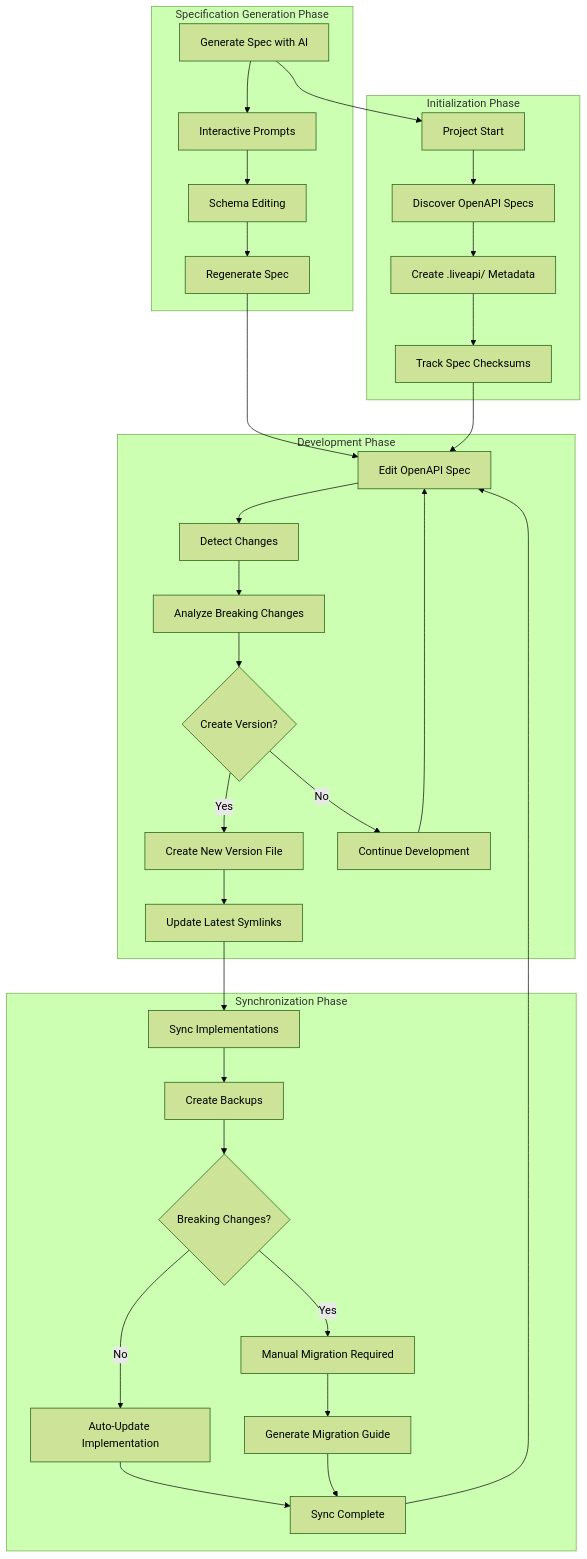
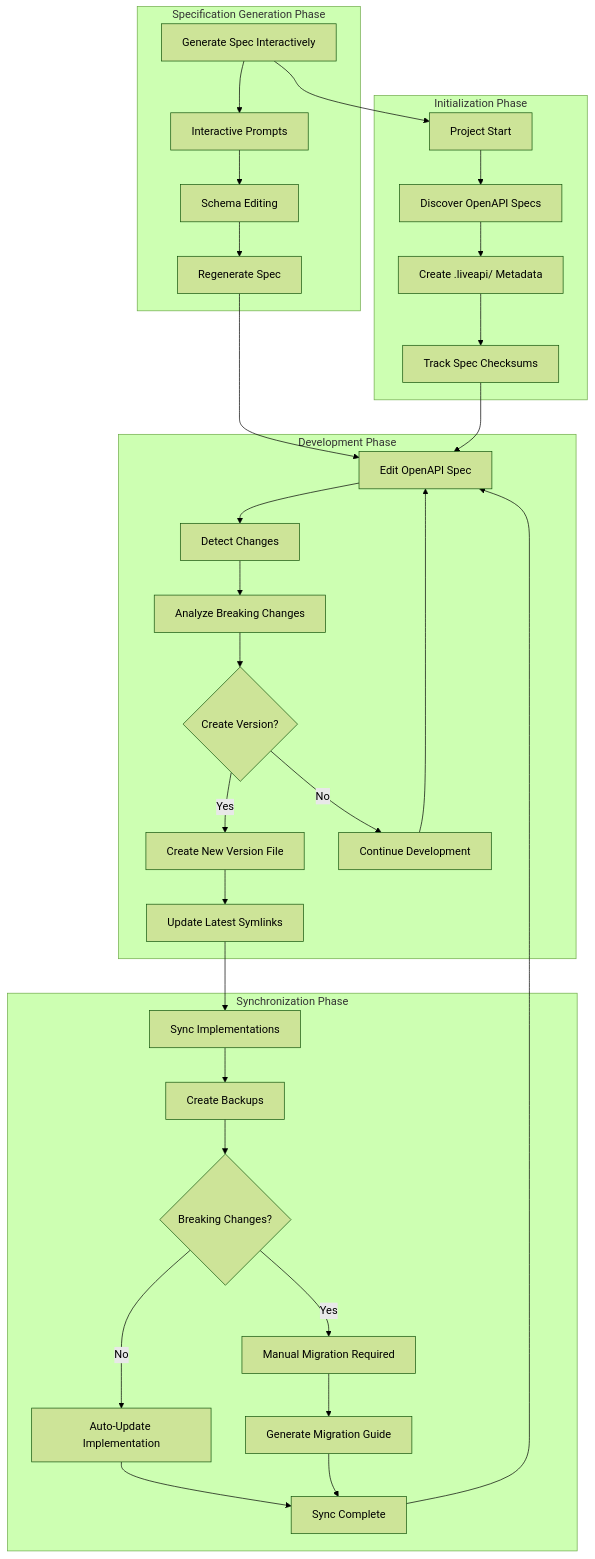
Before and after one commit to NationalGalleryOfArt/liveapi: the second of 3 diagrams in ARCHITECTURE.md, drawn with Mermaid (forest theme). The commit also changed other lines of this file and 2 other files, not shown here.

````diff
--- a/ARCHITECTURE.md
+++ b/ARCHITECTURE.md
@@ -61,40 +61,40 @@
 ```mermaid
 graph TB
     subgraph "Specification Generation Phase"
-        GEN[Generate Spec with AI] --> PROMPT[Interactive Prompts]
+        GEN[Generate Spec Interactively] --> PROMPT[Interactive Prompts]
         PROMPT --> SCHEMA[Schema Editing]
         SCHEMA --> REGEN[Regenerate Spec]
     end
     
     subgraph "Initialization Phase"
         START[Project Start] --> DISCOVER[Discover OpenAPI Specs]
         DISCOVER --> METADATA[Create .liveapi/ Metadata]
         METADATA --> TRACK[Track Spec Checksums]
     end
     
     subgraph "Development Phase"
         EDIT[Edit OpenAPI Spec] --> DETECT[Detect Changes]
         DETECT --> ANALYZE[Analyze Breaking Changes]
         ANALYZE --> VERSION{Create Version?}
         VERSION -->|Yes| NEWVER[Create New Version File]
         VERSION -->|No| CONTINUE[Continue Development]
         NEWVER --> SYMLINK[Update Latest Symlinks]
     end
     
     subgraph "Synchronization Phase"
         SYMLINK --> SYNC[Sync Implementations]
         SYNC --> BACKUP[Create Backups]
         BACKUP --> MIGRATE{Breaking Changes?}
         MIGRATE -->|Yes| MANUAL[Manual Migration Required]
         MIGRATE -->|No| AUTO[Auto-Update Implementation]
         MANUAL --> GUIDE[Generate Migration Guide]
         AUTO --> COMPLETE[Sync Complete]
         GUIDE --> COMPLETE
     end
     
     GEN --> START
     REGEN --> EDIT
     TRACK --> EDIT
     CONTINUE --> EDIT
     COMPLETE --> EDIT
 ```
````
